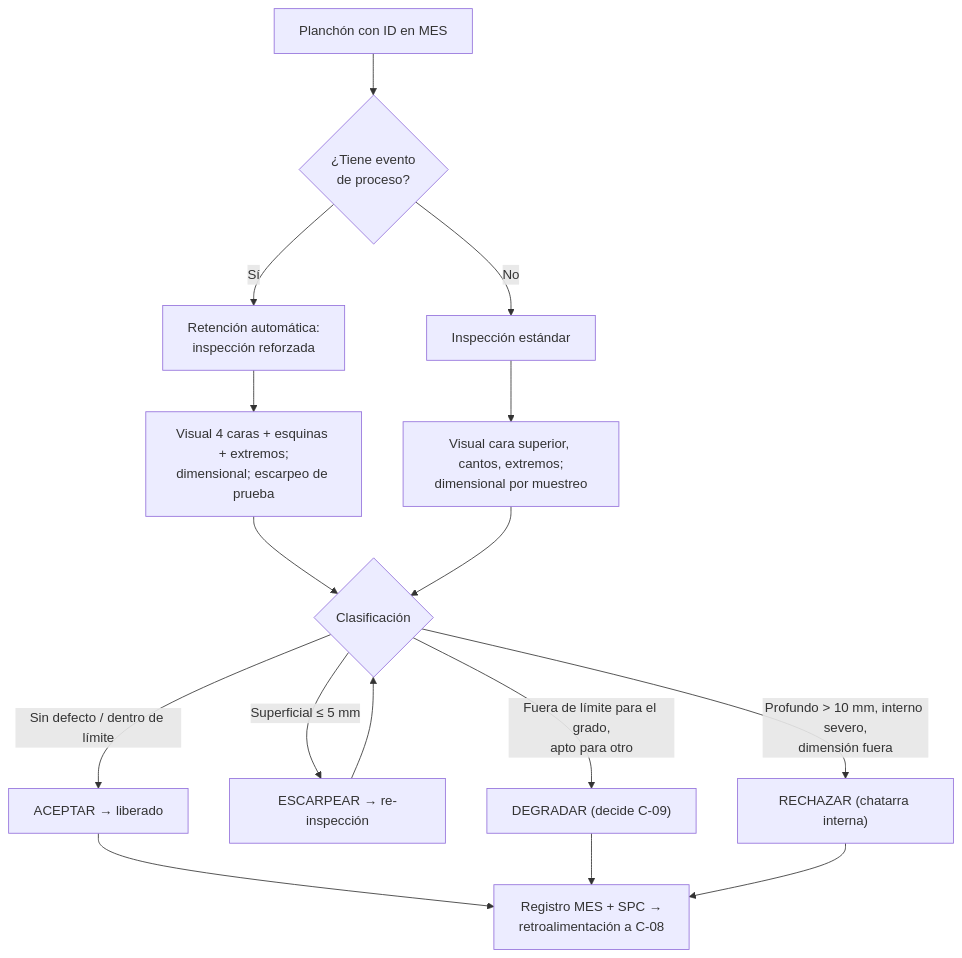
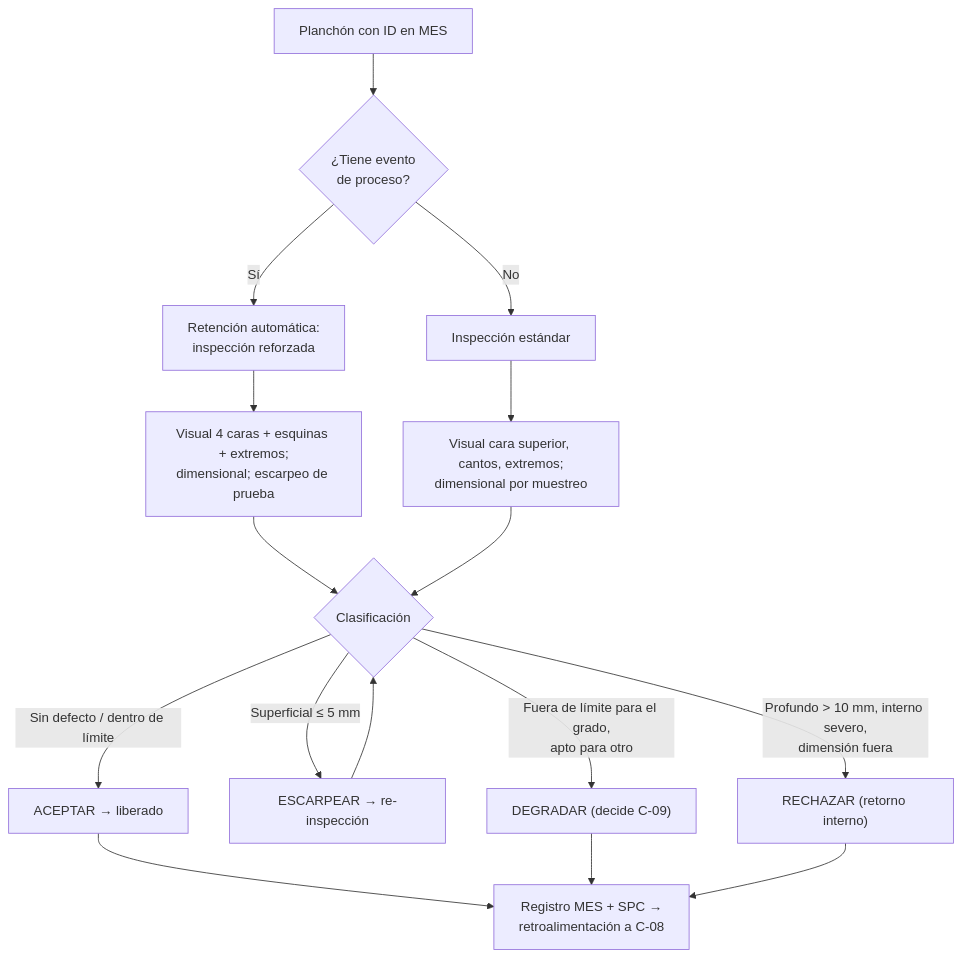
Before and after one commit to diegocardonaguzman03-maker/HR: the diagram in 10-plantas/01-steelmaking/02-operacion/cc1/MO-CC1-09-inspeccion-calidad-planchon.md, drawn with Mermaid. The commit also changed other lines of this file and 33 other files, not shown here.

````diff
--- a/10-plantas/01-steelmaking/02-operacion/cc1/MO-CC1-09-inspeccion-calidad-planchon.md
+++ b/10-plantas/01-steelmaking/02-operacion/cc1/MO-CC1-09-inspeccion-calidad-planchon.md
@@ -30,18 +30,18 @@
 ```mermaid
 flowchart TD
     A["Planchón con ID en MES"] --> B{"¿Tiene evento<br/>de proceso?"}
     B -- "Sí" --> C["Retención automática:<br/>inspección reforzada"]
     B -- "No" --> D["Inspección estándar"]
     C --> E["Visual 4 caras + esquinas + extremos;<br/>dimensional; escarpeo de prueba"]
     D --> F["Visual cara superior, cantos, extremos;<br/>dimensional por muestreo"]
     E --> G{"Clasificación"}
     F --> G
     G -- "Sin defecto / dentro de límite" --> H["ACEPTAR → liberado"]
     G -- "Superficial ≤ 5 mm" --> I["ESCARPEAR → re-inspección"]
     I --> G
     G -- "Fuera de límite para el grado,<br/>apto para otro" --> J["DEGRADAR (decide C-09)"]
-    G -- "Profundo > 10 mm, interno severo,<br/>dimensión fuera" --> K["RECHAZAR (chatarra interna)"]
+    G -- "Profundo > 10 mm, interno severo,<br/>dimensión fuera" --> K["RECHAZAR (retorno interno)"]
     H --> L["Registro MES + SPC →<br/>retroalimentación a C-08"]
     J --> L
     K --> L
 ```
````
